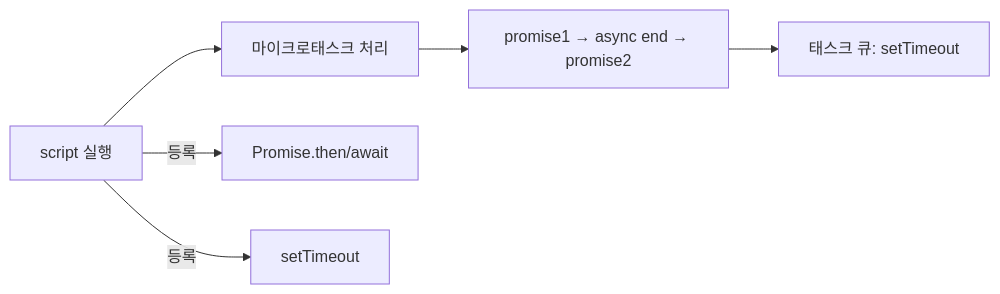
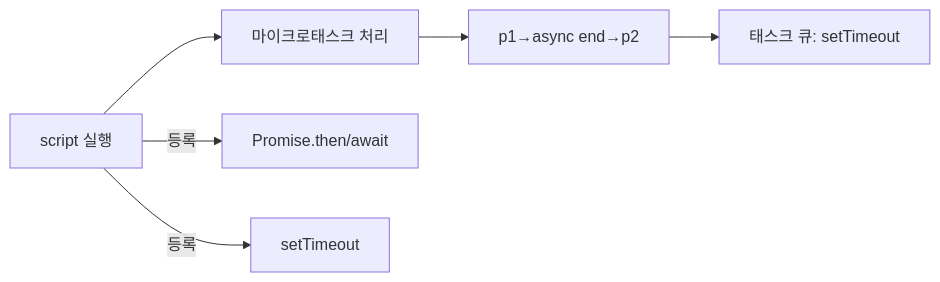
Before and after one commit to yjkim2015/yjkim2015.github.io: the tenth of 13 diagrams in _posts/frontend/2026-05-02-js-event-loop.md, drawn with Mermaid. The commit also changed other lines of this file and 245 other files, not shown here.

First line of the commit message:
Mermaid 다이어그램 전면 수정 + 면접 포인트 접기/펼치기 + DB 데드락 페이지

````diff
--- a/_posts/frontend/2026-05-02-js-event-loop.md
+++ b/_posts/frontend/2026-05-02-js-event-loop.md
@@ -317,8 +317,8 @@
 ```mermaid
 graph LR
     A["script 실행"] --> B["마이크로태스크 처리"]
-    B --> C["promise1 → async end → promise2"]
+    B --> C["p1→async end→p2"]
     C --> D["태스크 큐: setTimeout"]
     A -->|"등록"| MT["Promise.then/await"]
     A -->|"등록"| TQ["setTimeout"]
 ```
````
